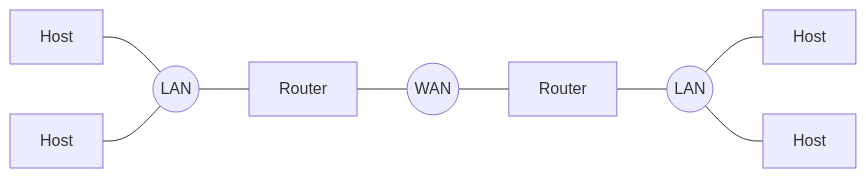
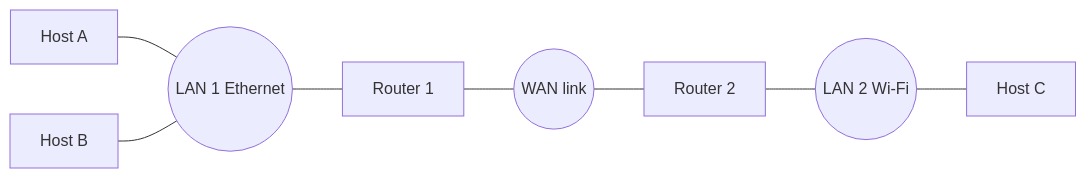
Before and after one commit to alvinnew100/grand-line-study-guide: the second of 4 diagrams in src/csapp/lessons/29-networks-ip.md, drawn with Mermaid. The commit also changed other lines of this file and 47 other files, not shown here.

````diff
--- a/src/csapp/lessons/29-networks-ip.md
+++ b/src/csapp/lessons/29-networks-ip.md
@@ -47,11 +53,10 @@
 ```mermaid
 graph LR
-  H1[Host] --- LAN1((LAN))
-  H2[Host] --- LAN1
-  LAN1 --- R1[Router]
-  R1 --- WAN1((WAN))
-  WAN1 --- R2[Router]
-  R2 --- LAN2((LAN))
-  LAN2 --- H3[Host]
-  LAN2 --- H4[Host]
+    A[Host A] --- L1((LAN 1 Ethernet))
+    B[Host B] --- L1
+    L1 --- R1[Router 1]
+    R1 --- W((WAN link))
+    W --- R2[Router 2]
+    R2 --- L2((LAN 2 Wi-Fi))
+    L2 --- C[Host C]
 ```
````
